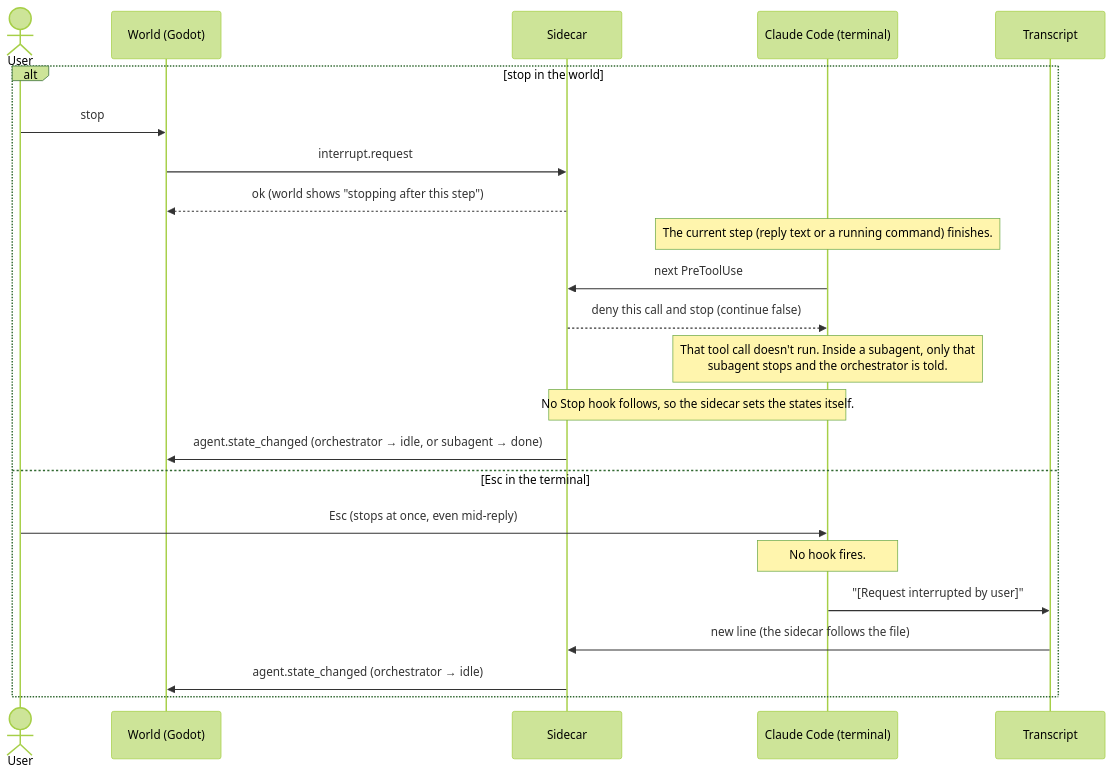
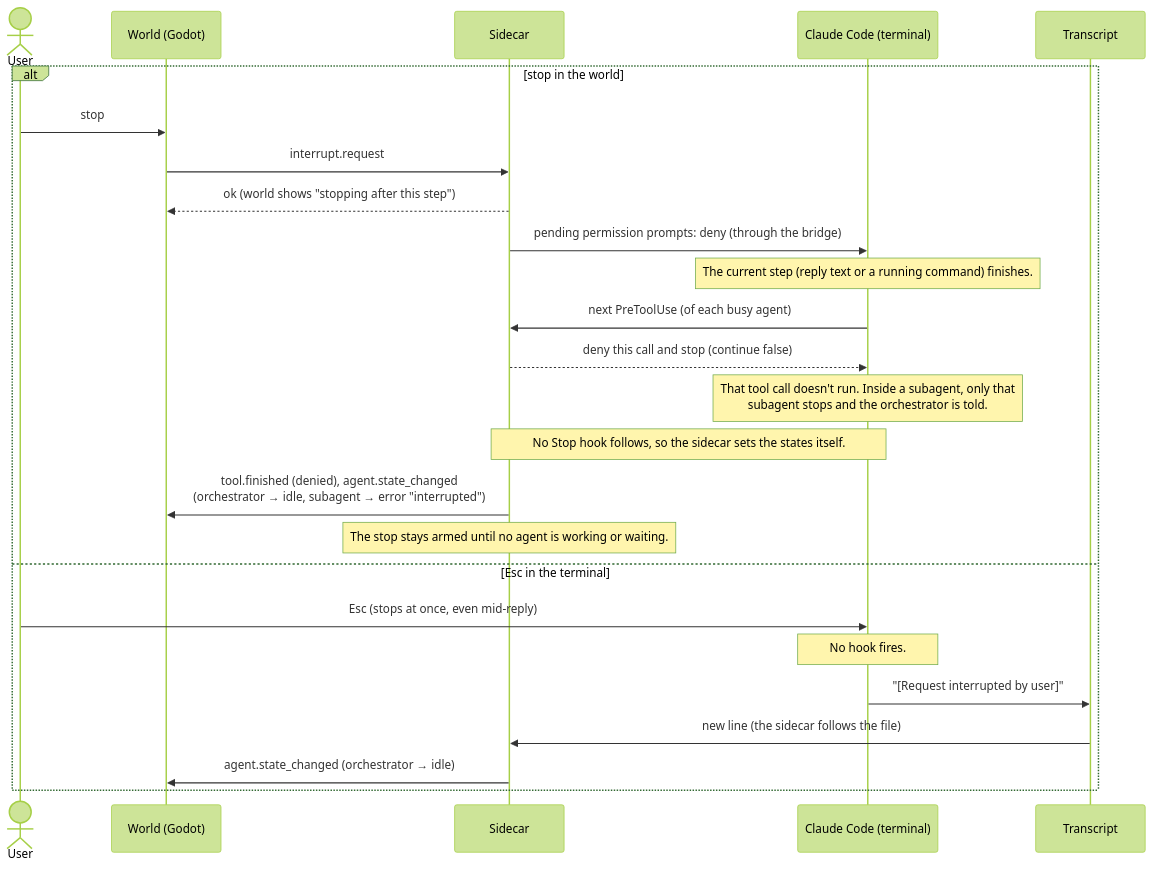
Before and after one commit to PaoloPortugal/The-Beach: the seventh of 8 diagrams in docs/flows.md, drawn with Mermaid (forest theme). The commit also changed 5 other files, not shown here.

First line of the commit message:
Stop a session from the world at its next tool call (S02)

````diff
--- a/docs/flows.md
+++ b/docs/flows.md
@@ -266,26 +266,28 @@
 ```mermaid
 sequenceDiagram
     actor User
     participant World as World (Godot)
     participant Sidecar
     participant Claude as Claude Code (terminal)
     participant Log as Transcript
 
     alt stop in the world
         User->>World: stop
         World->>Sidecar: interrupt.request
         Sidecar-->>World: ok (world shows "stopping after this step")
+        Sidecar->>Claude: pending permission prompts: deny (through the bridge)
         Note over Claude: The current step (reply text or a running command) finishes.
-        Claude->>Sidecar: next PreToolUse
+        Claude->>Sidecar: next PreToolUse (of each busy agent)
         Sidecar-->>Claude: deny this call and stop (continue false)
         Note over Claude: That tool call doesn't run. Inside a subagent, only that<br/>subagent stops and the orchestrator is told.
         Note over Claude,Sidecar: No Stop hook follows, so the sidecar sets the states itself.
-        Sidecar->>World: agent.state_changed (orchestrator → idle, or subagent → done)
+        Sidecar->>World: tool.finished (denied), agent.state_changed<br/>(orchestrator → idle, subagent → error "interrupted")
+        Note over Sidecar: The stop stays armed until no agent is working or waiting.
     else Esc in the terminal
         User->>Claude: Esc (stops at once, even mid-reply)
         Note over Claude: No hook fires.
         Claude->>Log: "[Request interrupted by user]"
         Log->>Sidecar: new line (the sidecar follows the file)
         Sidecar->>World: agent.state_changed (orchestrator → idle)
     end
 ```
````
